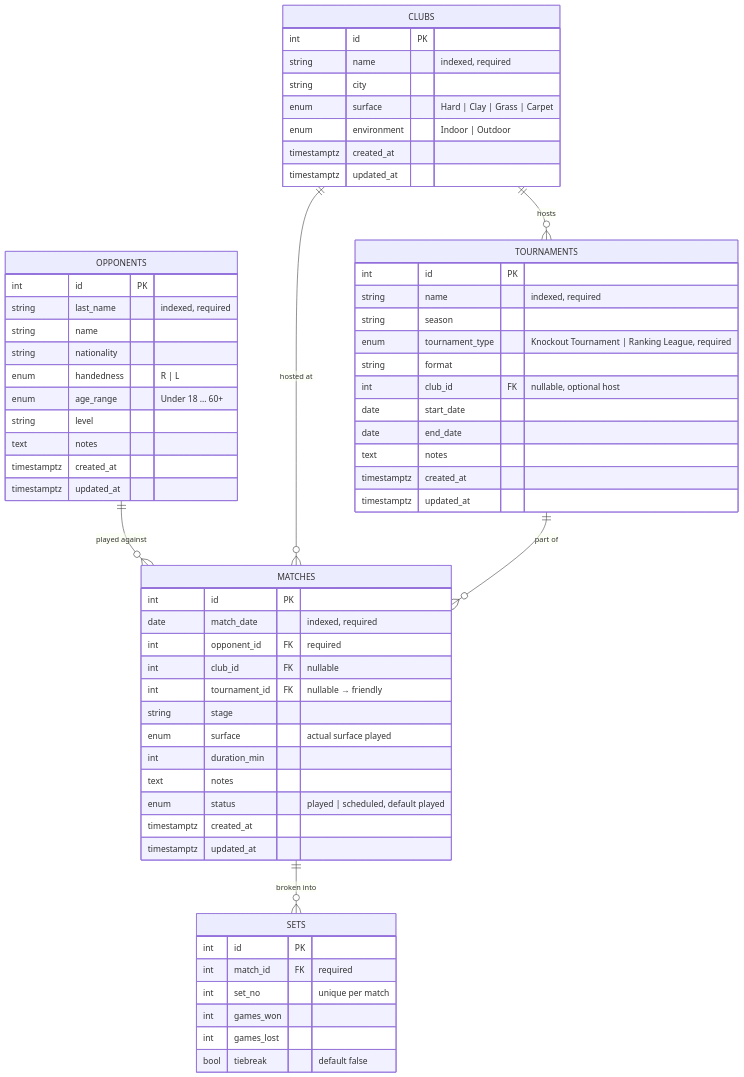
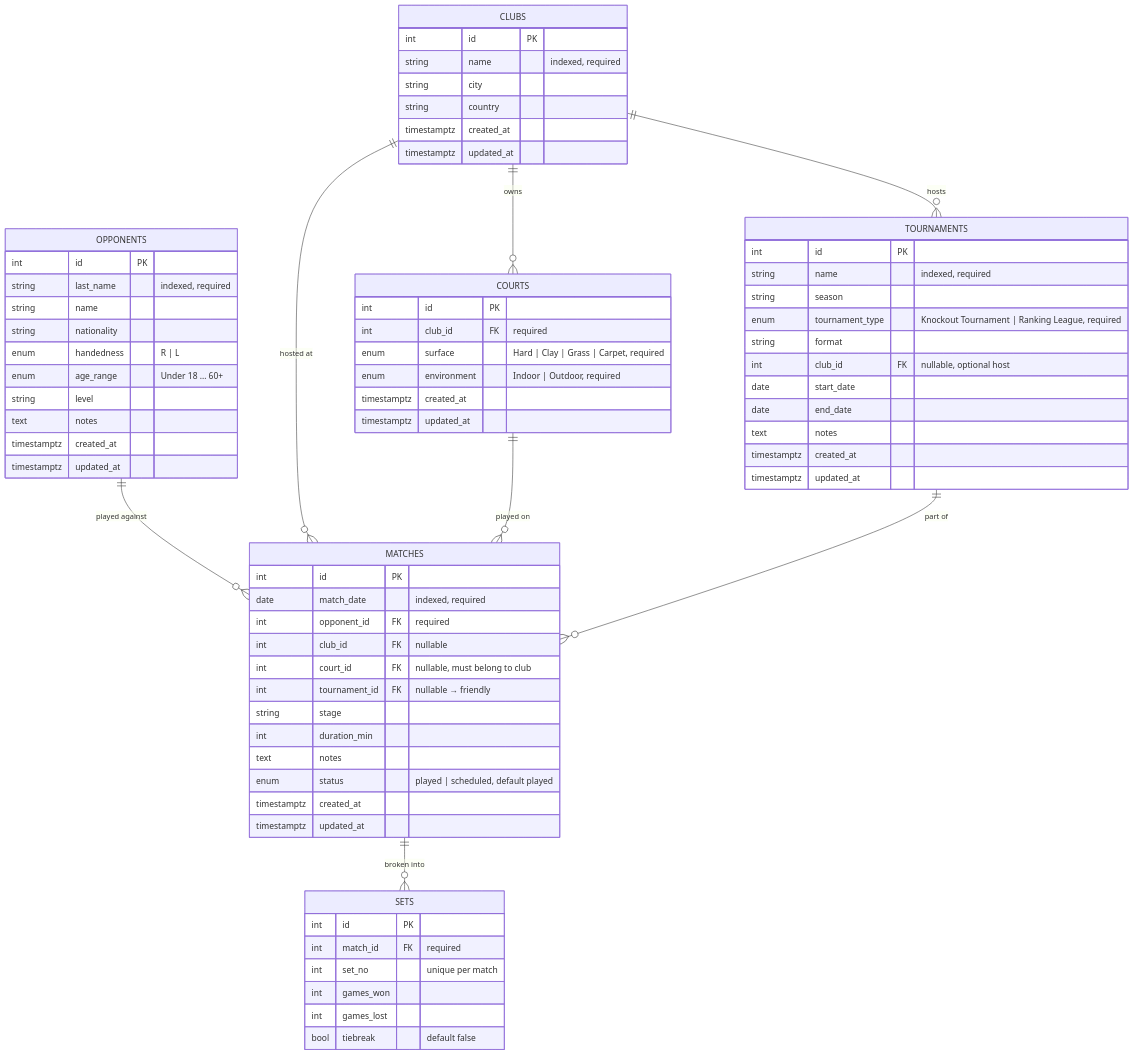
One commit to nickolaslago/tennisfolio changed the diagram in docs/schema.md. Above: the diagram before and after it, drawn with Mermaid. The commit also changed other lines of this file and 34 other files, not shown here.

First line of the commit message:
DAT-135: model clubs as owning multiple courts

````diff
--- a/docs/schema.md
+++ b/docs/schema.md
@@ -12,69 +12,79 @@
 ```mermaid
 erDiagram
     OPPONENTS ||--o{ MATCHES : "played against"
+    CLUBS ||--o{ COURTS : "owns"
     CLUBS ||--o{ MATCHES : "hosted at"
     CLUBS ||--o{ TOURNAMENTS : "hosts"
+    COURTS ||--o{ MATCHES : "played on"
     TOURNAMENTS ||--o{ MATCHES : "part of"
     MATCHES ||--o{ SETS : "broken into"
 
     OPPONENTS {
         int id PK
         string last_name "indexed, required"
         string name
         string nationality
         enum handedness "R | L"
         enum age_range "Under 18 … 60+"
         string level
         text notes
         timestamptz created_at
         timestamptz updated_at
     }
 
     CLUBS {
         int id PK
         string name "indexed, required"
         string city
-        enum surface "Hard | Clay | Grass | Carpet"
-        enum environment "Indoor | Outdoor"
+        string country
+        timestamptz created_at
+        timestamptz updated_at
+    }
+
+    COURTS {
+        int id PK
+        int club_id FK "required"
+        enum surface "Hard | Clay | Grass | Carpet, required"
+        enum environment "Indoor | Outdoor, required"
         timestamptz created_at
         timestamptz updated_at
     }
 
     TOURNAMENTS {
         int id PK
         string name "indexed, required"
         string season
         enum tournament_type "Knockout Tournament | Ranking League, required"
         string format
         int club_id FK "nullable, optional host"
         date start_date
         date end_date
         text notes
         timestamptz created_at
         timestamptz updated_at
     }
 
     MATCHES {
         int id PK
         date match_date "indexed, required"
         int opponent_id FK "required"
         int club_id FK "nullable"
+        int court_id FK "nullable, must belong to club"
         int tournament_id FK "nullable → friendly"
         string stage
-        enum surface "actual surface played"
         int duration_min
         text notes
         enum status "played | scheduled, default played"
         timestamptz created_at
         timestamptz updated_at
     }
 
     SETS {
         int id PK
         int match_id FK "required"
         int set_no "unique per match"
         int games_won
         int games_lost
         bool tiebreak "default false"
     }
 ```
````
